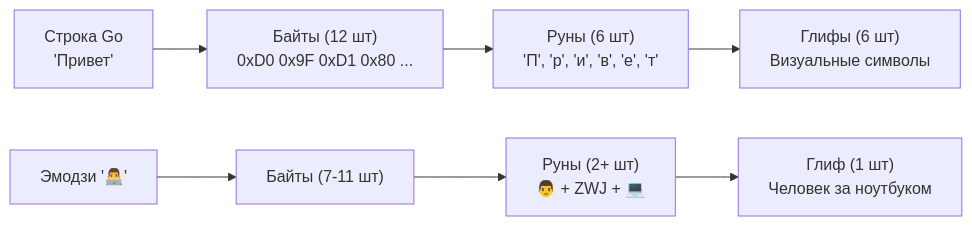
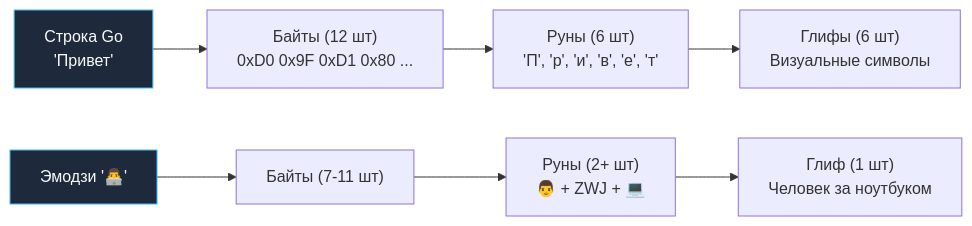
Before and after one commit to UnrealTemplier/go-textbook: the diagram in sources/6. Стандартная библиотека Go/10. unicode и unicode_utf8. Работа с рунами и UTF-8.md, drawn with Mermaid. The commit also changed 1666 other files, not shown here.

First line of the commit message:
feat(mermaid): add semantic color classDef to 1369 colorless flowchart/graph diagrams

````diff
--- a/sources/6. Стандартная библиотека Go/10. unicode и unicode_utf8. Работа с рунами и UTF-8.md
+++ b/sources/6. Стандартная библиотека Go/10. unicode и unicode_utf8. Работа с рунами и UTF-8.md
@@ -47,10 +47,20 @@
 ```mermaid
 flowchart LR
-    A["Строка Go<br>'Привет'"] --> B["Байты (12 шт)<br>0xD0 0x9F 0xD1 0x80 ..."]
+    classDef process  fill:#1e293b,stroke:#38bdf8,stroke-width:1px,color:#f8fafc
+    classDef success  fill:#064e3b,stroke:#34d399,stroke-width:1px,color:#f8fafc
+    classDef error    fill:#7f1d1d,stroke:#f87171,stroke-width:1px,color:#f8fafc
+    classDef warning  fill:#78350f,stroke:#fbbf24,stroke-width:1px,color:#f8fafc
+    classDef entry    fill:#1e3a5f,stroke:#38bdf8,stroke-width:2px,color:#f8fafc
+    classDef aux      fill:#334155,stroke:#64748b,stroke-width:1px,color:#f8fafc
+    classDef system   fill:#312e81,stroke:#a78bfa,stroke-width:1px,color:#f8fafc
+    classDef data     fill:#132d29,stroke:#2dd4bf,stroke-width:1px,color:#f8fafc
+    classDef network  fill:#881337,stroke:#fb7185,stroke-width:1px,color:#f8fafc
+    classDef accent   fill:#1e1b4b,stroke:#818cf8,stroke-width:1px,color:#f8fafc
+    A["Строка Go<br>'Привет'"]:::process --> B["Байты (12 шт)<br>0xD0 0x9F 0xD1 0x80 ..."]
     B --> C["Руны (6 шт)<br>'П', 'р', 'и', 'в', 'е', 'т'"]
     C --> D["Глифы (6 шт)<br>Визуальные символы"]
     
-    E["Эмодзи '👨‍💻'"] --> F["Байты (7-11 шт)"]
+    E["Эмодзи '👨‍💻'"]:::process --> F["Байты (7-11 шт)"]
     F --> G["Руны (2+ шт)<br>👨 + ZWJ + 💻"]
     G --> H["Глиф (1 шт)<br>Человек за ноутбуком"]
 ```
````
